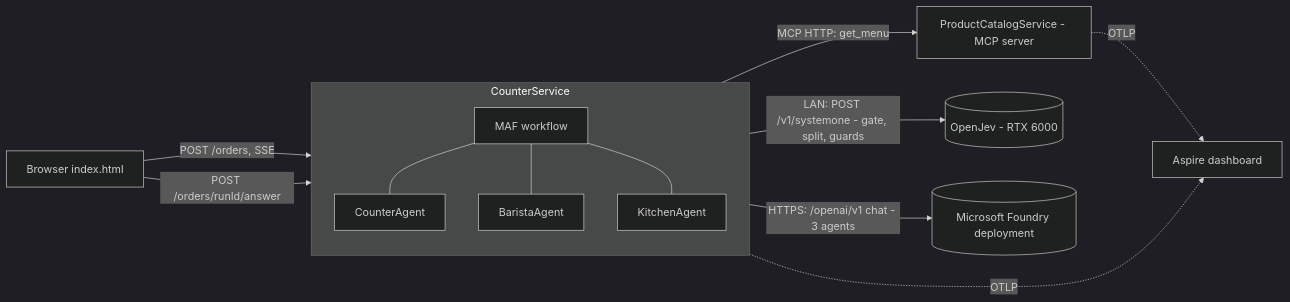
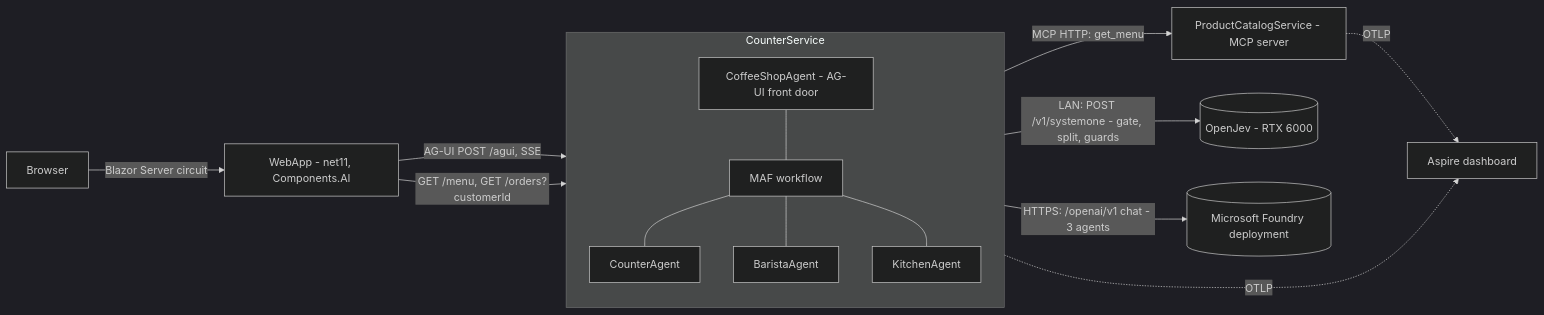
Before and after one commit to thangchung/agent-engineering-experiment: the first of 4 diagrams in coffeeshop-jev/README.md, drawn with Mermaid (dark theme). The commit also changed other lines of this file and 119 other files, not shown here.

````diff
--- a/coffeeshop-jev/README.md
+++ b/coffeeshop-jev/README.md
@@ -9,19 +9,22 @@
 ```mermaid
 flowchart LR
-    B["Browser index.html"] -->|"POST /orders, SSE"| C
-    B -->|"POST /orders/runId/answer"| C
+    B["Browser"] -->|"Blazor Server circuit"| W["WebApp - net11, Components.AI"]
+    W -->|"AG-UI POST /agui, SSE"| C
+    W -->|"GET /menu, GET /orders?customerId"| C
     subgraph C["CounterService"]
+        FD["CoffeeShopAgent - AG-UI front door"]
         WF["MAF workflow"]
+        FD --- WF
         CA["CounterAgent"]
         BA["BaristaAgent"]
         KA["KitchenAgent"]
         WF --- CA
         WF --- BA
         WF --- KA
     end
     C -->|"MCP HTTP: get_menu"| P["ProductCatalogService - MCP server"]
     C -->|"LAN: POST /v1/systemone - gate, split, guards"| J[("OpenJev - RTX 6000")]
     C -->|"HTTPS: /openai/v1 chat - 3 agents"| F[("Microsoft Foundry deployment")]
     C -.->|"OTLP"| D["Aspire dashboard"]
     P -.->|"OTLP"| D
 ```
````
